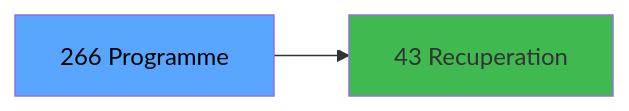
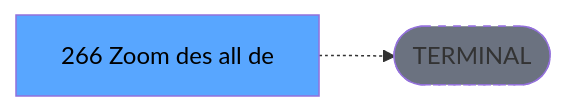
The third of 3 diagrams in .openspec/renders/ADH-IDE-266.md (thonyAGP/lecteur-magic), drawn with Mermaid before and after one commit. The commit also changed other lines of this file and 701 other files, not shown here.

````diff
--- a/.openspec/renders/ADH-IDE-266.md
+++ b/.openspec/renders/ADH-IDE-266.md
@@ -134,8 +134,8 @@
 ```mermaid
 graph LR
-    T[266 Programme]
-    C43[43 Recuperation]
-    T --> C43
+    T[266 Zoom des all de]
+    TERM([TERMINAL])
+    T -.-> TERM
+    style TERM fill:#6b7280,stroke-dasharray: 5 5
     style T fill:#58a6ff,color:#000
-    style C43 fill:#3fb950
 ```
````
